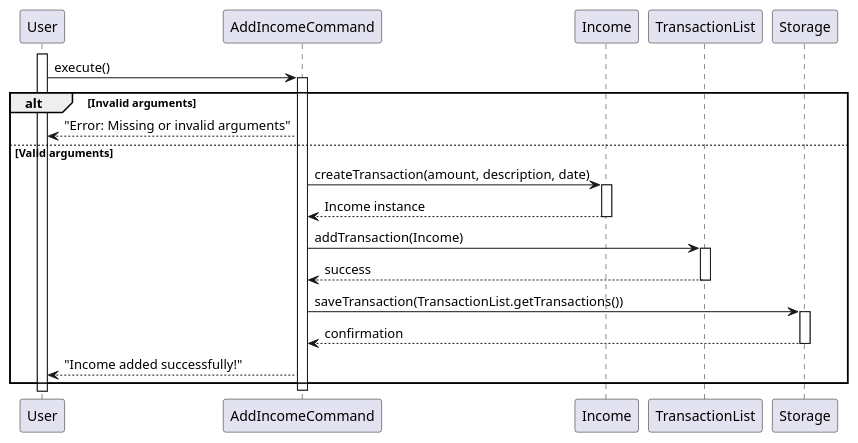
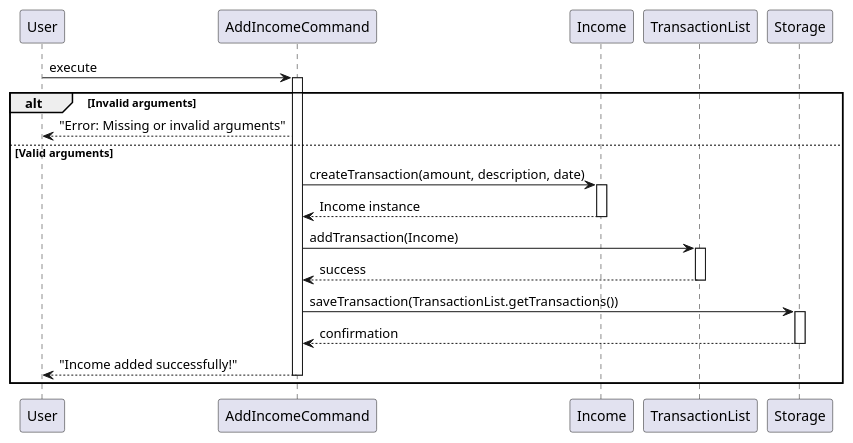
One commit to nus-cs2113-AY2425S1/tp changed the second of 2 diagrams in docs/plantUMLCode/addincomecommand-class-diagram.puml. Above: the diagram before and after it, drawn with PlantUML. The commit also changed 1 other file, not shown here.

Commit message:
Update code for addincomecommand-class-diagram

```diff
--- a/docs/plantUMLCode/addincomecommand-class-diagram.puml
+++ b/docs/plantUMLCode/addincomecommand-class-diagram.puml
@@ -46,33 +46,34 @@
 @startuml
 participant "User" as User
-activate User
+
 
 participant "AddIncomeCommand" as AddIncomeCmd
-User -> AddIncomeCmd: execute()
+User -> AddIncomeCmd: execute
 activate AddIncomeCmd
 
 alt Invalid arguments
     AddIncomeCmd --> User: "Error: Missing or invalid arguments"
 else Valid arguments
     participant "Income" as IncomeClass
     AddIncomeCmd -> IncomeClass: createTransaction(amount, description, date)
     activate IncomeClass
     IncomeClass --> AddIncomeCmd: Income instance
     deactivate IncomeClass
 
     participant "TransactionList" as TransList
     AddIncomeCmd -> TransList: addTransaction(Income)
     activate TransList
     TransList --> AddIncomeCmd: success
     deactivate TransList
 
     participant "Storage" as Storage
     AddIncomeCmd -> Storage: saveTransaction(TransactionList.getTransactions())
     activate Storage
     Storage --> AddIncomeCmd: confirmation
     deactivate Storage
 
     AddIncomeCmd --> User: "Income added successfully!"
+
+deactivate AddIncomeCmd
 end
-deactivate AddIncomeCmd
 @enduml
```
